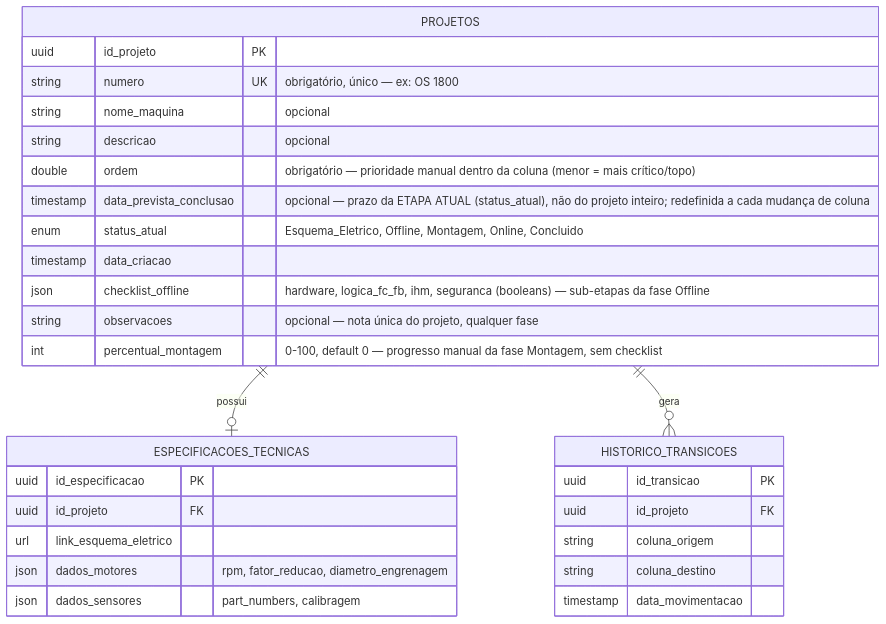
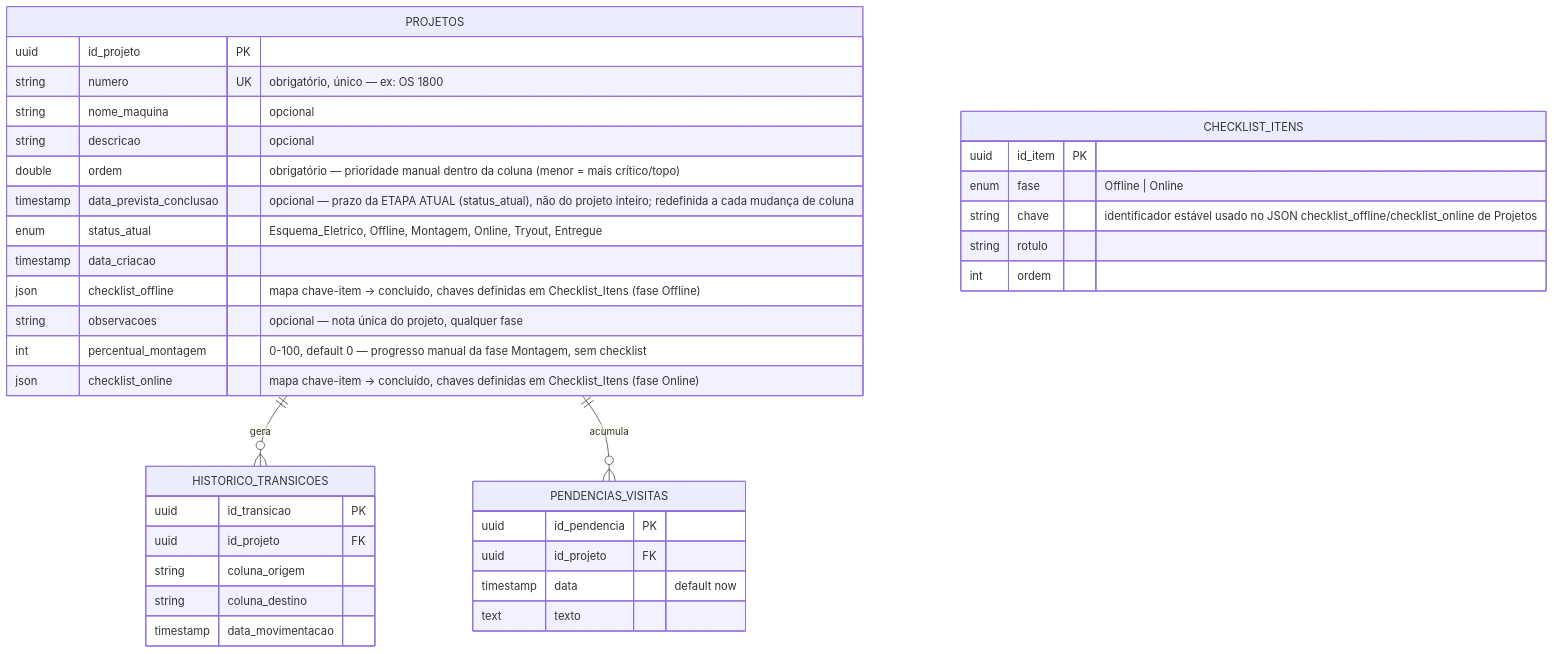
Before and after one commit to brunopmourao1/gestao-projetos: the diagram in Docs/02-Tecnico/Modelo-Dados-ER.md, drawn with Mermaid. The commit also changed other lines of this file and 55 other files, not shown here.

First line of the commit message:
Substitui Concluido por Tryout/Entregue, checklists configuraveis, remove Parametros, adiciona login e branding

````diff
--- a/Docs/02-Tecnico/Modelo-Dados-ER.md
+++ b/Docs/02-Tecnico/Modelo-Dados-ER.md
@@ -6,35 +6,43 @@
 ```mermaid
 erDiagram
-    PROJETOS ||--o| ESPECIFICACOES_TECNICAS : "possui"
     PROJETOS ||--o{ HISTORICO_TRANSICOES : "gera"
+    PROJETOS ||--o{ PENDENCIAS_VISITAS : "acumula"
 
     PROJETOS {
         uuid id_projeto PK
         string numero UK "obrigatório, único — ex: OS 1800"
         string nome_maquina "opcional"
         string descricao "opcional"
         double ordem "obrigatório — prioridade manual dentro da coluna (menor = mais crítico/topo)"
         timestamp data_prevista_conclusao "opcional — prazo da ETAPA ATUAL (status_atual), não do projeto inteiro; redefinida a cada mudança de coluna"
-        enum status_atual "Esquema_Eletrico, Offline, Montagem, Online, Concluido"
+        enum status_atual "Esquema_Eletrico, Offline, Montagem, Online, Tryout, Entregue"
         timestamp data_criacao
-        json checklist_offline "hardware, logica_fc_fb, ihm, seguranca (booleans) — sub-etapas da fase Offline"
+        json checklist_offline "mapa chave-item -> concluído, chaves definidas em Checklist_Itens (fase Offline)"
         string observacoes "opcional — nota única do projeto, qualquer fase"
         int percentual_montagem "0-100, default 0 — progresso manual da fase Montagem, sem checklist"
-    }
-
-    ESPECIFICACOES_TECNICAS {
-        uuid id_especificacao PK
-        uuid id_projeto FK
-        url link_esquema_eletrico
-        json dados_motores "rpm, fator_reducao, diametro_engrenagem"
-        json dados_sensores "part_numbers, calibragem"
+        json checklist_online "mapa chave-item -> concluído, chaves definidas em Checklist_Itens (fase Online)"
     }
 
     HISTORICO_TRANSICOES {
         uuid id_transicao PK
         uuid id_projeto FK
         string coluna_origem
         string coluna_destino
         timestamp data_movimentacao
     }
+
+    PENDENCIAS_VISITAS {
+        uuid id_pendencia PK
+        uuid id_projeto FK
+        timestamp data "default now"
+        text texto
+    }
+
+    CHECKLIST_ITENS {
+        uuid id_item PK
+        enum fase "Offline | Online"
+        string chave "identificador estável usado no JSON checklist_offline/checklist_online de Projetos"
+        string rotulo
+        int ordem
+    }
 ```
````
